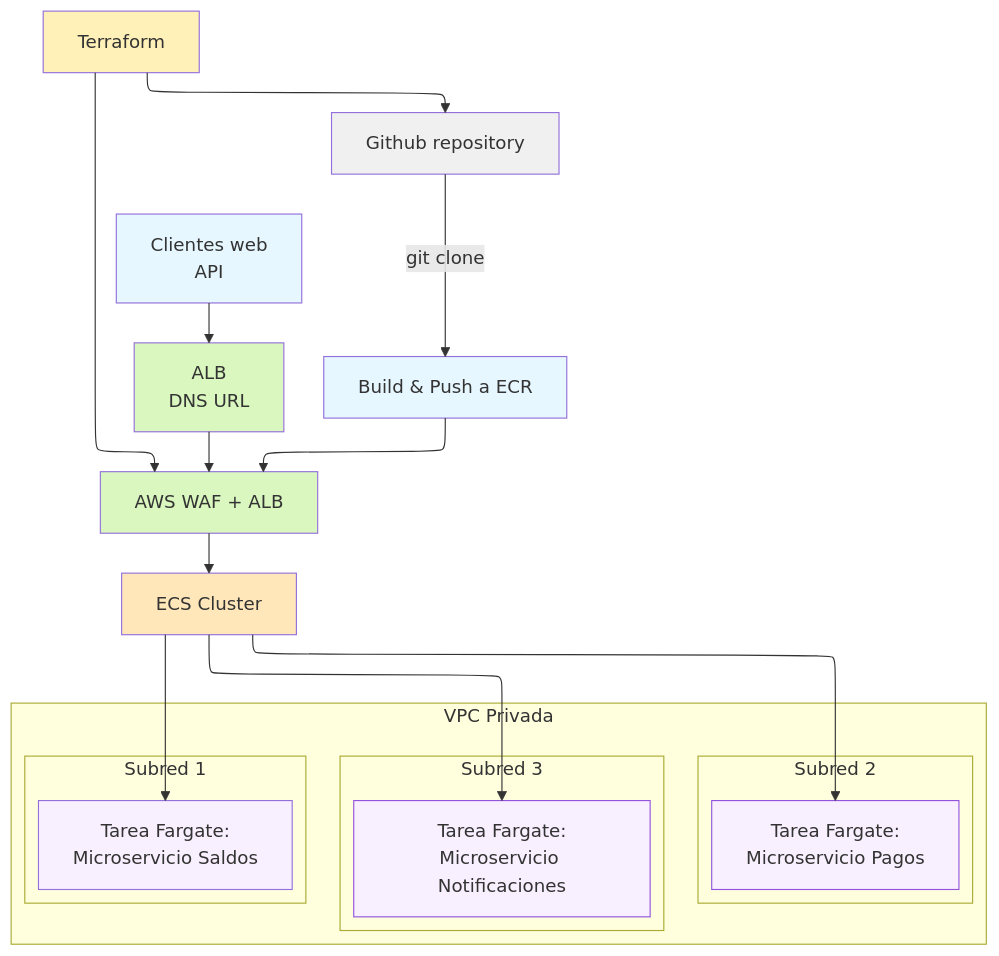
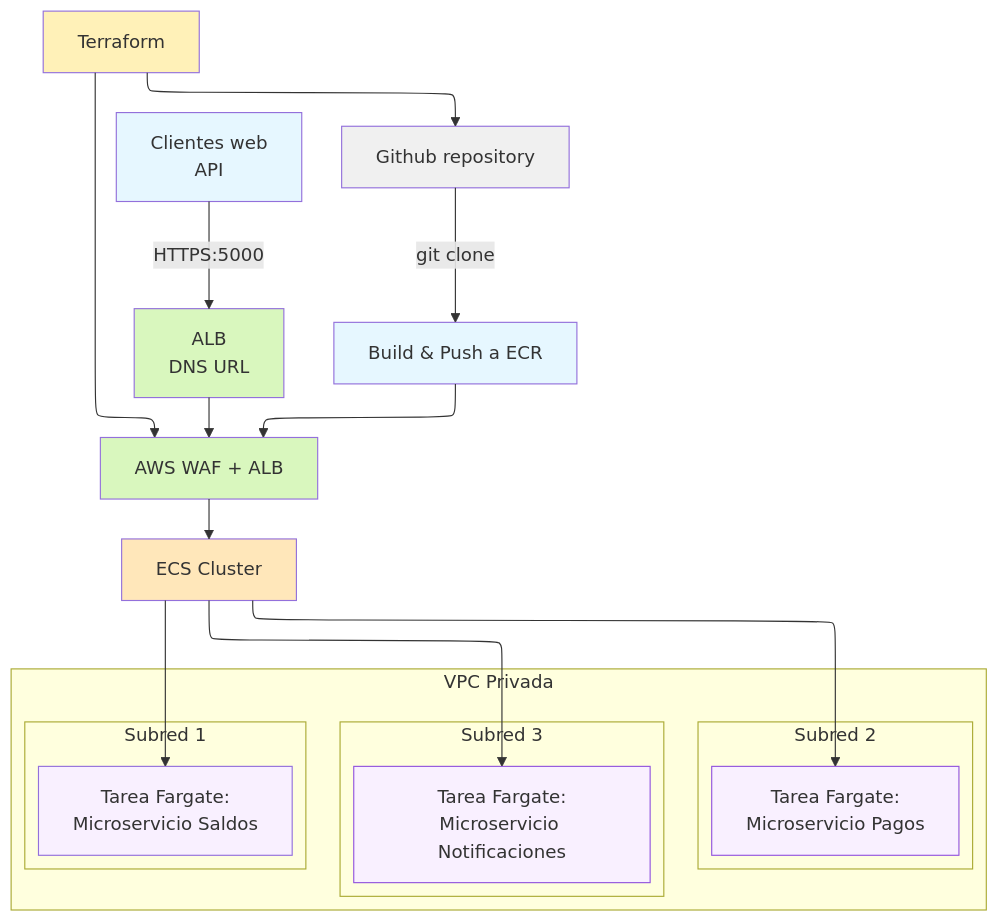
The first of 2 diagrams in README.md (keaguirre/disenoInfra-EA3-POC), drawn with Mermaid before and after one commit.

````diff
--- a/README.md
+++ b/README.md
@@ -128,52 +128,52 @@
 ```mermaid
 ---
 config:
   layout: elk
 ---
 flowchart TD
     %% Subredes y VPC
     subgraph subGraph0["Subred 1"]
         D1["Tarea Fargate:<br>Microservicio Saldos"]
     end
     subgraph subGraph1["Subred 2"]
         D2["Tarea Fargate:<br>Microservicio Pagos"]
     end
     subgraph subGraph2["Subred 3"]
         D3["Tarea Fargate:<br>Microservicio Notificaciones"]
     end
     subgraph subGraph3["VPC Privada"]
         subGraph0
         subGraph1
         subGraph2
     end
 
     %% Infraestructura y flujo
     A["Clientes web<br>API"]
     B["ALB<br>DNS URL"]
     C["AWS WAF + ALB"]
     D["ECS Cluster"]
     J["Build & Push a ECR"]
     G["Terraform"]
     H["Github repository"]
 
     %% Conexiones
-    A --> B --> C --> D
+    A -- "HTTPS:5000" --> B
+    B --> C --> D
     D --> D1 & D2 & D3
     J --> C
     H -- "git clone" --> J
     G --> H
     G --> C
 
     %% Estilos por función
     style A fill:#e6f7ff,stroke:#3399ff       %% Entrada
     style B fill:#d9f7be,stroke:#52c41a       %% Routing
     style C fill:#d9f7be,stroke:#52c41a       %% WAF + ALB
     style D fill:#ffe7ba,stroke:#fa8c16       %% ECS Cluster
     style D1 fill:#f9f0ff,stroke:#9254de      %% Fargate
     style D2 fill:#f9f0ff,stroke:#9254de
     style D3 fill:#f9f0ff,stroke:#9254de
     style J fill:#e6f7ff,stroke:#13c2c2       %% Build&Push
     style G fill:#fff1b8,stroke:#faad14       %% Terraform
     style H fill:#f0f0f0,stroke:#8c8c8c       %% GitHub repo
-
 ```
````
